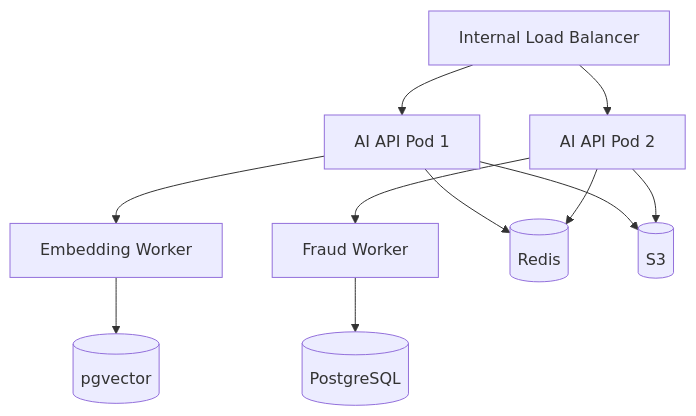
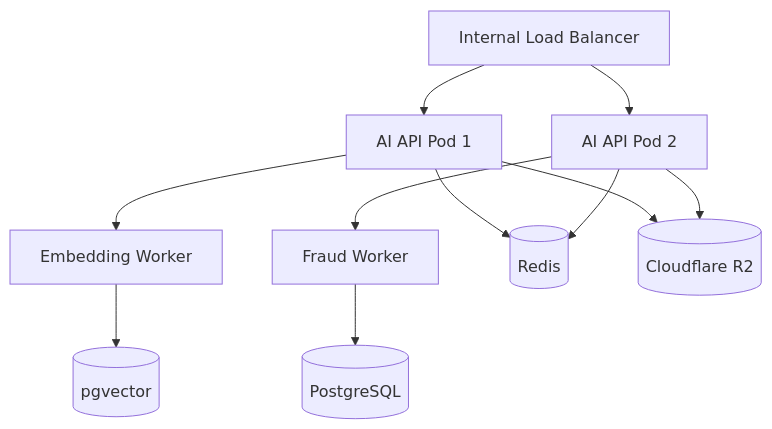
The sixth of 6 diagrams in HLD/04-AI-Architecture.md (VSPL-New/Documents), drawn with Mermaid before and after one commit. The commit also changed other lines of this file and 25 other files, not shown here.

Commit message:
docs: update architecture and organize story documents

````diff
--- a/HLD/04-AI-Architecture.md
+++ b/HLD/04-AI-Architecture.md
@@ -905,19 +927,19 @@
 ```mermaid
 graph TB
     LB[Internal Load Balancer]
 
     LB --> AI1[AI API Pod 1]
     LB --> AI2[AI API Pod 2]
 
     AI1 --> Worker1[Embedding Worker]
     AI2 --> Worker2[Fraud Worker]
 
     AI1 --> Redis[(Redis)]
     AI2 --> Redis
 
     Worker1 --> Vector[(pgvector)]
     Worker2 --> Postgres[(PostgreSQL)]
 
-    AI1 --> S3[(S3)]
-    AI2 --> S3
+    AI1 --> R2[(Cloudflare R2)]
+    AI2 --> R2
 ```
````
